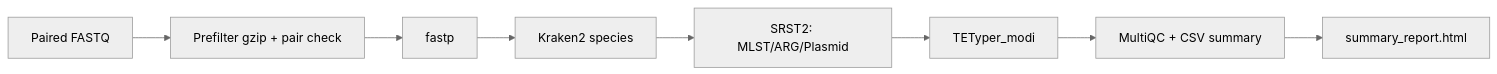
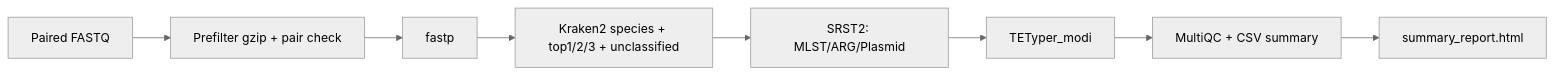
One commit to bbagy/UhlemannLab changed the diagram in shortWGS/README.md. Above: the diagram before and after it, drawn with Mermaid (neutral theme). The commit also changed other lines of this file and 10 other files, not shown here.

````diff
--- a/shortWGS/README.md
+++ b/shortWGS/README.md
@@ -16,10 +17,10 @@
 ```mermaid
 flowchart LR
   A[Paired FASTQ] --> B[Prefilter gzip + pair check]
   B --> C[fastp]
-  C --> D[Kraken2 species]
+  C --> D[Kraken2 species + top1/2/3 + unclassified]
   D --> E[SRST2: MLST/ARG/Plasmid]
   E --> F[TETyper_modi]
   F --> G[MultiQC + CSV summary]
   G --> H[summary_report.html]
 ```
````
